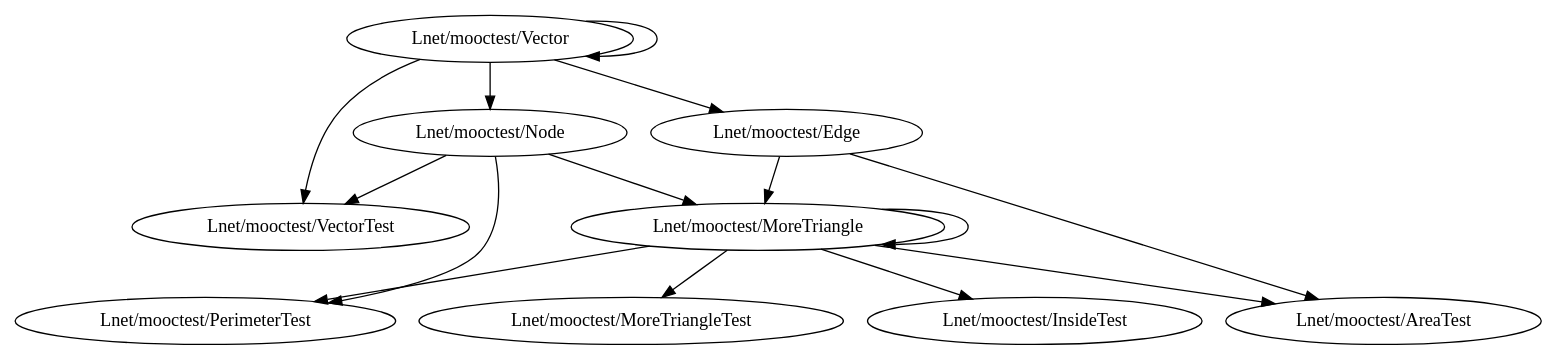
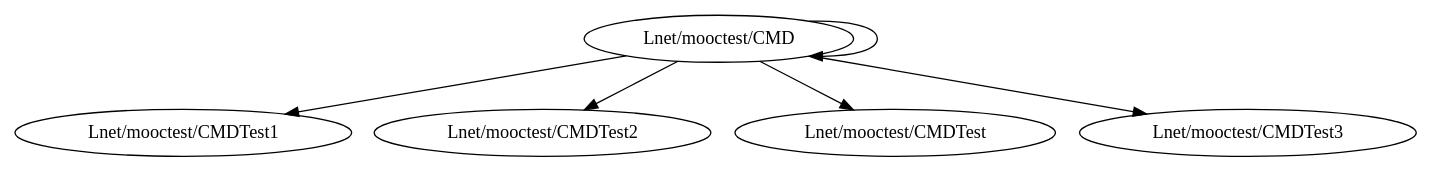
One commit to Introduction-to-Cloud-Computing/automated_testing changed the diagram in Project/out/artifacts/Project_jar/tmp.dot. Above: the diagram before and after it, drawn with Graphviz. The commit also changed 27 other files, not shown here.

```diff
--- a/Project/out/artifacts/Project_jar/tmp.dot
+++ b/Project/out/artifacts/Project_jar/tmp.dot
@@ -1,16 +1,7 @@
 digraph cmd_class {
-"Lnet/mooctest/Vector" -> "Lnet/mooctest/Vector"
-"Lnet/mooctest/Vector" -> "Lnet/mooctest/VectorTest"
-"Lnet/mooctest/Vector" -> "Lnet/mooctest/Node"
-"Lnet/mooctest/Vector" -> "Lnet/mooctest/Edge"
-"Lnet/mooctest/MoreTriangle" -> "Lnet/mooctest/PerimeterTest"
-"Lnet/mooctest/MoreTriangle" -> "Lnet/mooctest/MoreTriangle"
-"Lnet/mooctest/MoreTriangle" -> "Lnet/mooctest/MoreTriangleTest"
-"Lnet/mooctest/MoreTriangle" -> "Lnet/mooctest/AreaTest"
-"Lnet/mooctest/MoreTriangle" -> "Lnet/mooctest/InsideTest"
-"Lnet/mooctest/Node" -> "Lnet/mooctest/VectorTest"
-"Lnet/mooctest/Node" -> "Lnet/mooctest/MoreTriangle"
-"Lnet/mooctest/Node" -> "Lnet/mooctest/PerimeterTest"
-"Lnet/mooctest/Edge" -> "Lnet/mooctest/MoreTriangle"
-"Lnet/mooctest/Edge" -> "Lnet/mooctest/AreaTest"
+"Lnet/mooctest/CMD" -> "Lnet/mooctest/CMDTest1"
+"Lnet/mooctest/CMD" -> "Lnet/mooctest/CMDTest2"
+"Lnet/mooctest/CMD" -> "Lnet/mooctest/CMDTest"
+"Lnet/mooctest/CMD" -> "Lnet/mooctest/CMD"
+"Lnet/mooctest/CMD" -> "Lnet/mooctest/CMDTest3"
 }
```
